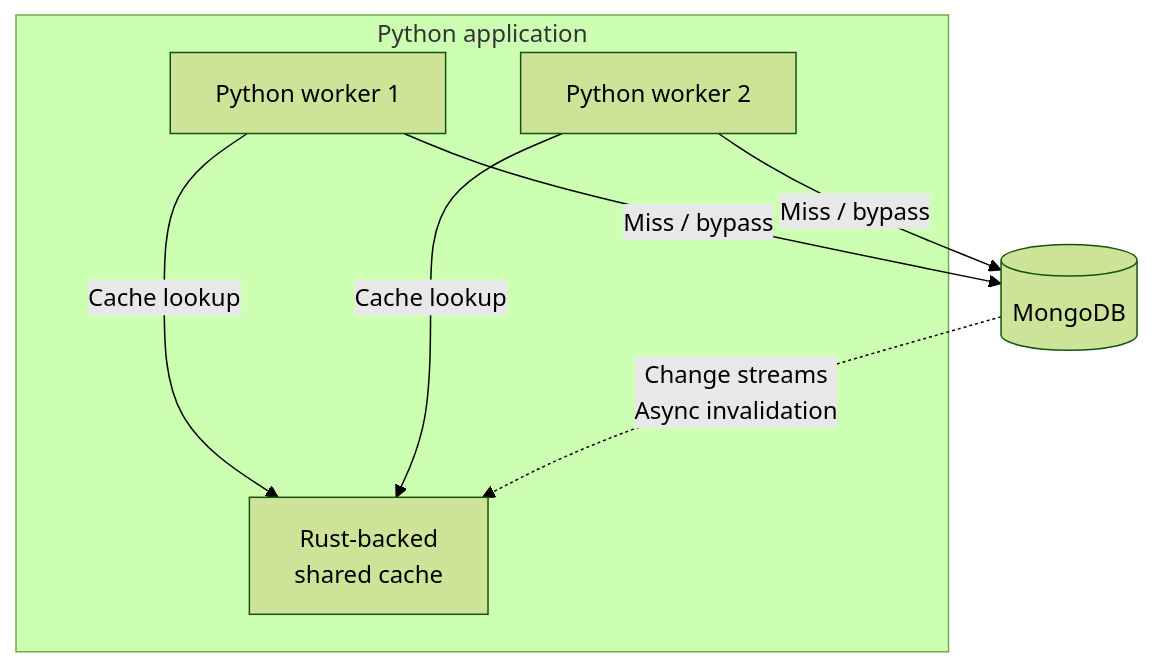
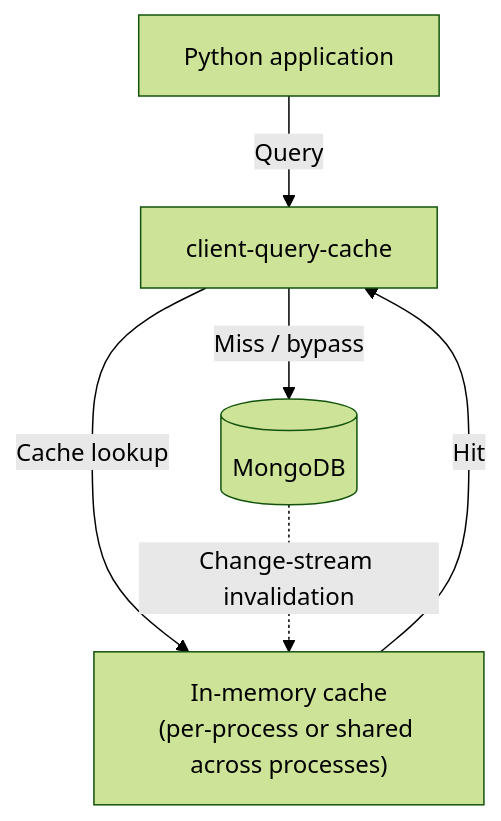
Before and after one commit to alessio-locatelli/client-query-cache: the diagram in README.md, drawn with Mermaid (forest theme). The commit also changed other lines of this file, not shown here.

Commit message:
docs: clarify caching architecture in README diagram
Replace the two-worker diagram with a conceptual query flow to avoid
implying that the library creates or manages application workers.

Show cache lookups, MongoDB fallback, and change-stream invalidation
while distinguishing per-process caching from caching shared across
processes.

````diff
--- a/README.md
+++ b/README.md
@@ -22,10 +22,13 @@
 ```mermaid
 flowchart TB
-    subgraph Application["Python application"]
-        Worker1["Python worker 1"] -->|"Cache lookup"| Cache["Rust-backed<br/>shared cache"]
-        Worker2["Python worker 2"] -->|"Cache lookup"| Cache
-    end
-    Worker1 -->|"Miss / bypass"| DB[("MongoDB")]
-    Worker2 -->|"Miss / bypass"| DB
-    DB -.->|"Change streams<br/>Async invalidation"| Cache
+    App["Python application"]
+    API["client-query-cache"]
+    Cache["In-memory cache<br/>(per-process or shared across processes)"]
+    DB[("MongoDB")]
+
+    App -->|"Query"| API
+    API -->|"Cache lookup"| Cache
+    Cache -->|"Hit"| API
+    API -->|"Miss / bypass"| DB
+    DB -.->|"Change-stream invalidation"| Cache
 ```
````
